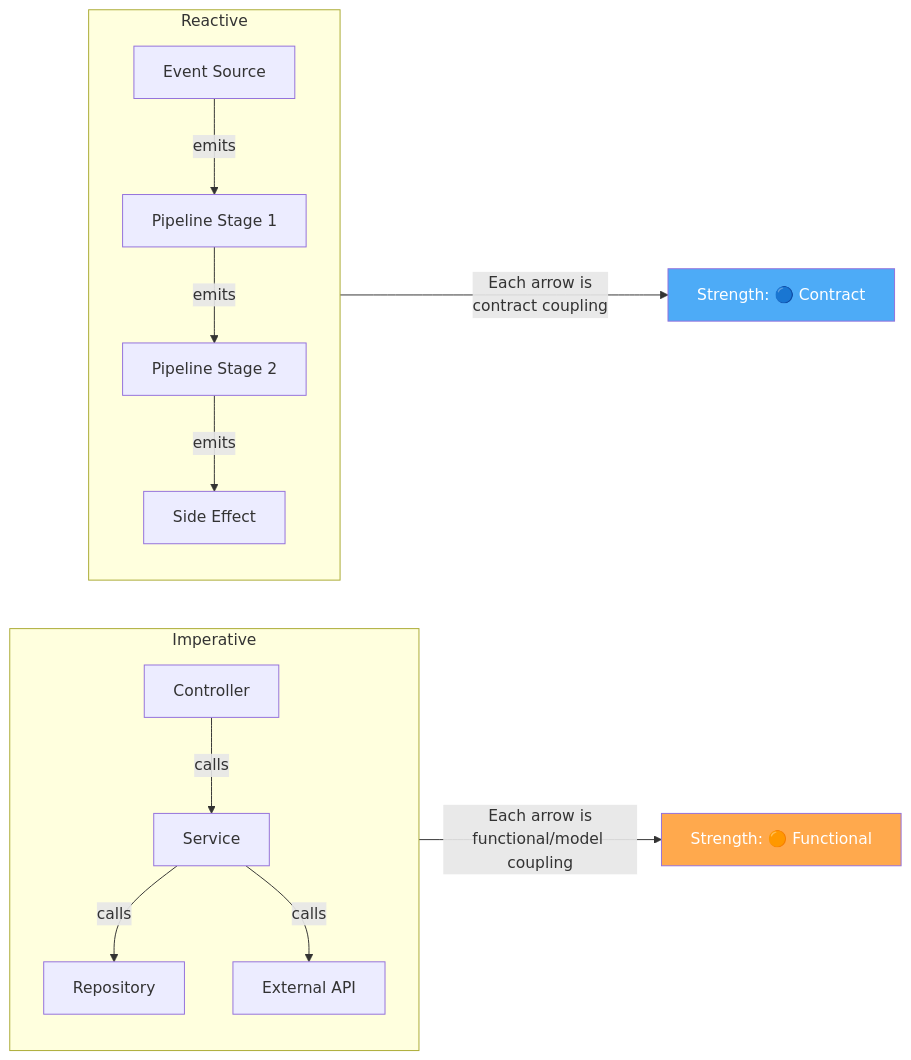
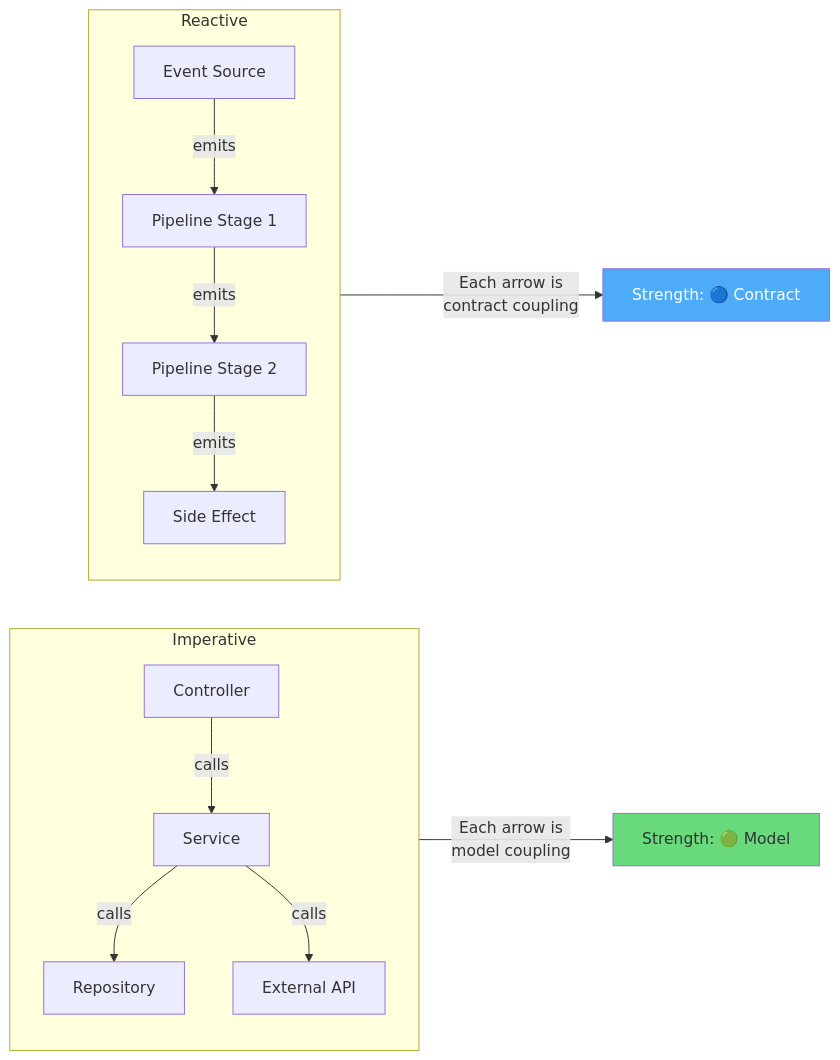
Diagram 13 of 14 in functional-reactive-coupling.md (anaerobic/coupling), drawn with Mermaid before and after one commit. The commit also changed other lines of this file and 8 other files, not shown here.

First line of the commit message:
Revise coupling docs: accuracy, model consistency, prose (#1)

````diff
--- a/functional-reactive-coupling.md
+++ b/functional-reactive-coupling.md
@@ -1283,22 +1304,22 @@
 ```mermaid
 flowchart LR
     subgraph imp ["Imperative"]
         direction TB
         IC[Controller] -->|"calls"| IS[Service]
         IS -->|"calls"| IR[Repository]
         IS -->|"calls"| IE[External API]
     end
 
     subgraph react ["Reactive"]
         direction TB
         RE[Event Source] -->|"emits"| RP[Pipeline Stage 1]
         RP -->|"emits"| RS[Pipeline Stage 2]
         RS -->|"emits"| RT[Side Effect]
     end
 
-    imp -->|"Each arrow is<br/>functional/model coupling"| ImpScore["Strength: 🟠 Functional"]
+    imp -->|"Each arrow is<br/>model coupling"| ImpScore["Strength: 🟢 Model"]
     react -->|"Each arrow is<br/>contract coupling"| ReactScore["Strength: 🔵 Contract"]
 
-    style ImpScore fill:#ffa94d,color:#fff
+    style ImpScore fill:#69db7c,color:#333
     style ReactScore fill:#4dabf7,color:#fff
 ```
````
